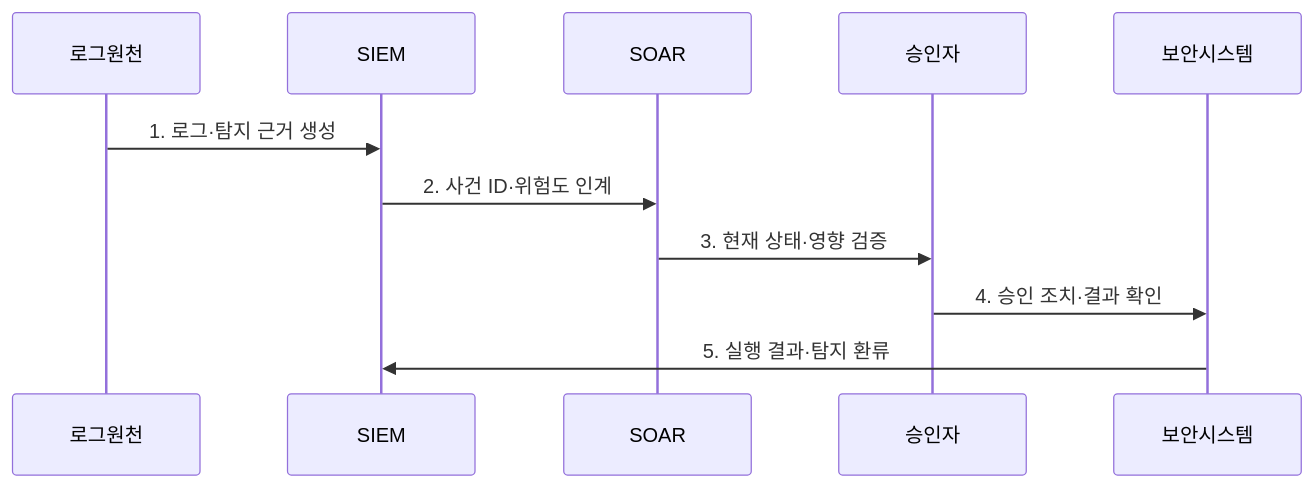
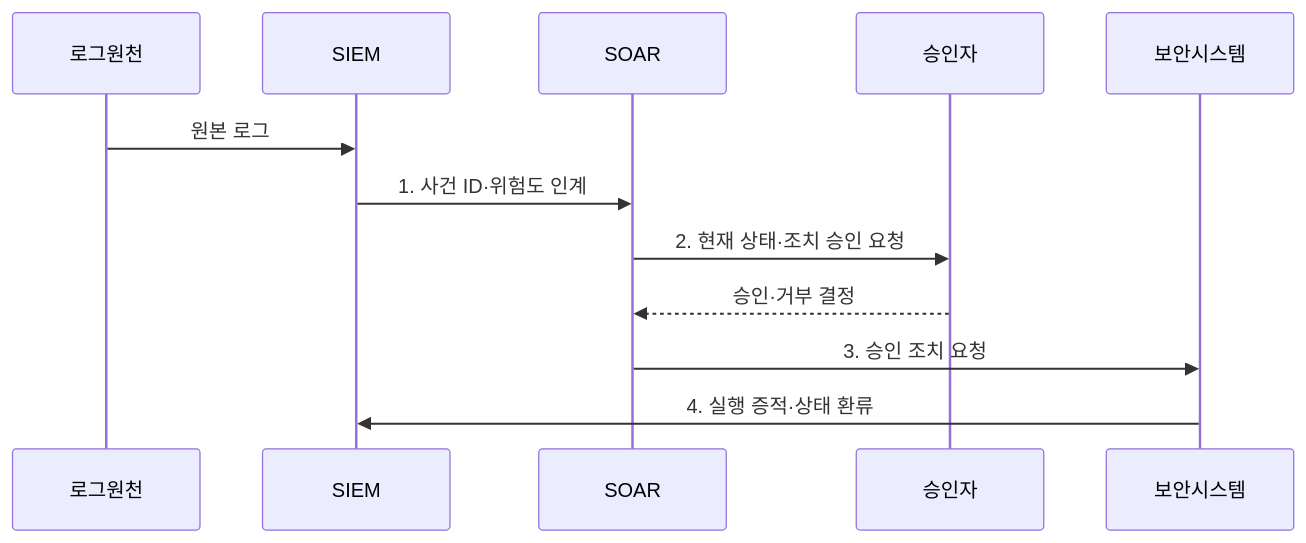
The second of 2 diagrams in src/content/docs/notes/05-security/037_siem_vs_soar.md (agnusdei1207/knowledge-base), drawn with Mermaid before and after one commit. The commit also changed other lines of this file and 20 other files, not shown here.

````diff
--- a/src/content/docs/notes/05-security/037_siem_vs_soar.md
+++ b/src/content/docs/notes/05-security/037_siem_vs_soar.md
@@ -76,13 +80,14 @@
 ```mermaid
 sequenceDiagram
     participant 로그원천
     participant SIEM
     participant SOAR
     participant 승인자
     participant 보안시스템
-    로그원천->>SIEM: 1. 로그·탐지 근거 생성
-    SIEM->>SOAR: 2. 사건 ID·위험도 인계
-    SOAR->>승인자: 3. 현재 상태·영향 검증
-    승인자->>보안시스템: 4. 승인 조치·결과 확인
-    보안시스템->>SIEM: 5. 실행 결과·탐지 환류
+    로그원천->>SIEM: 원본 로그
+    SIEM->>SOAR: 1. 사건 ID·위험도 인계
+    SOAR->>승인자: 2. 현재 상태·조치 승인 요청
+    승인자-->>SOAR: 승인·거부 결정
+    SOAR->>보안시스템: 3. 승인 조치 요청
+    보안시스템->>SIEM: 4. 실행 증적·상태 환류
 ```
````
